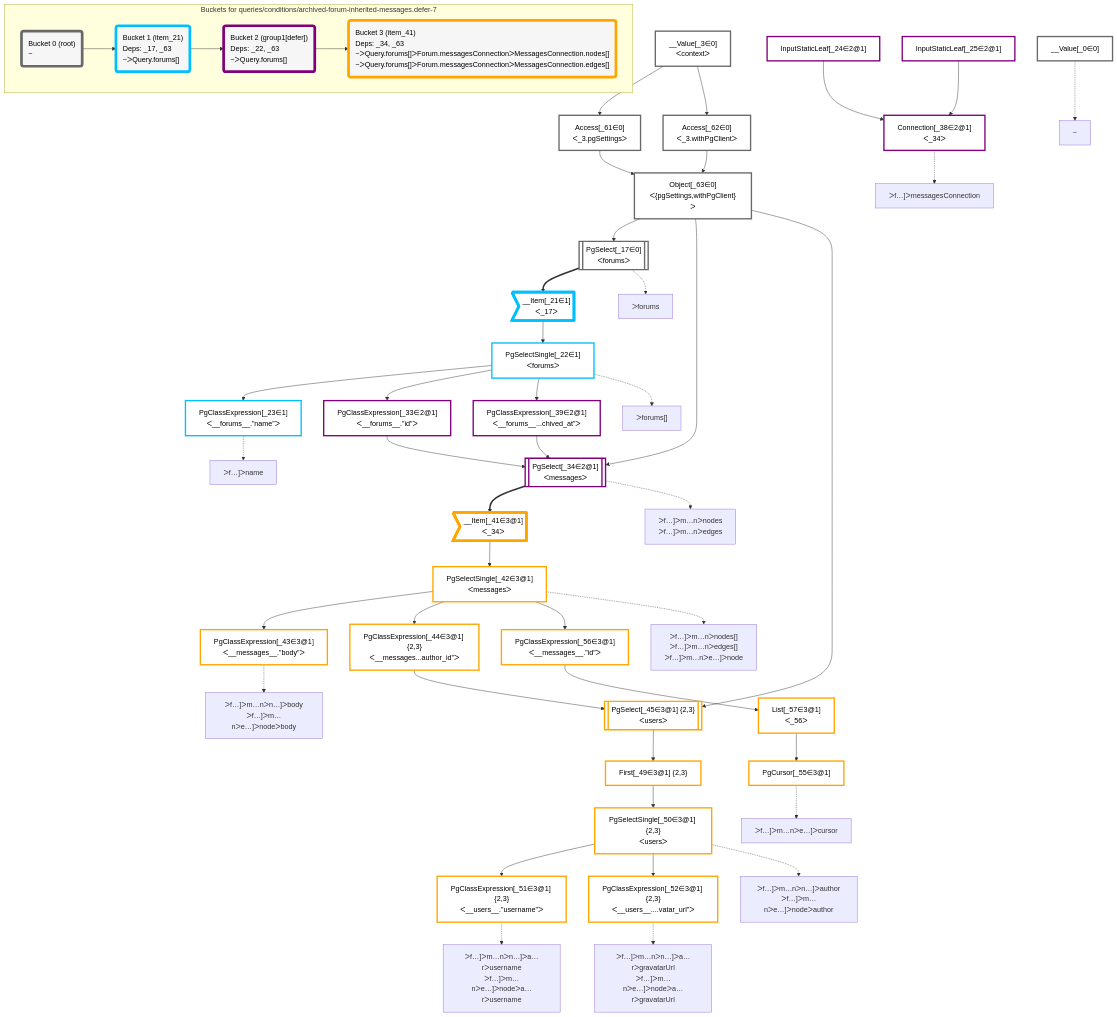
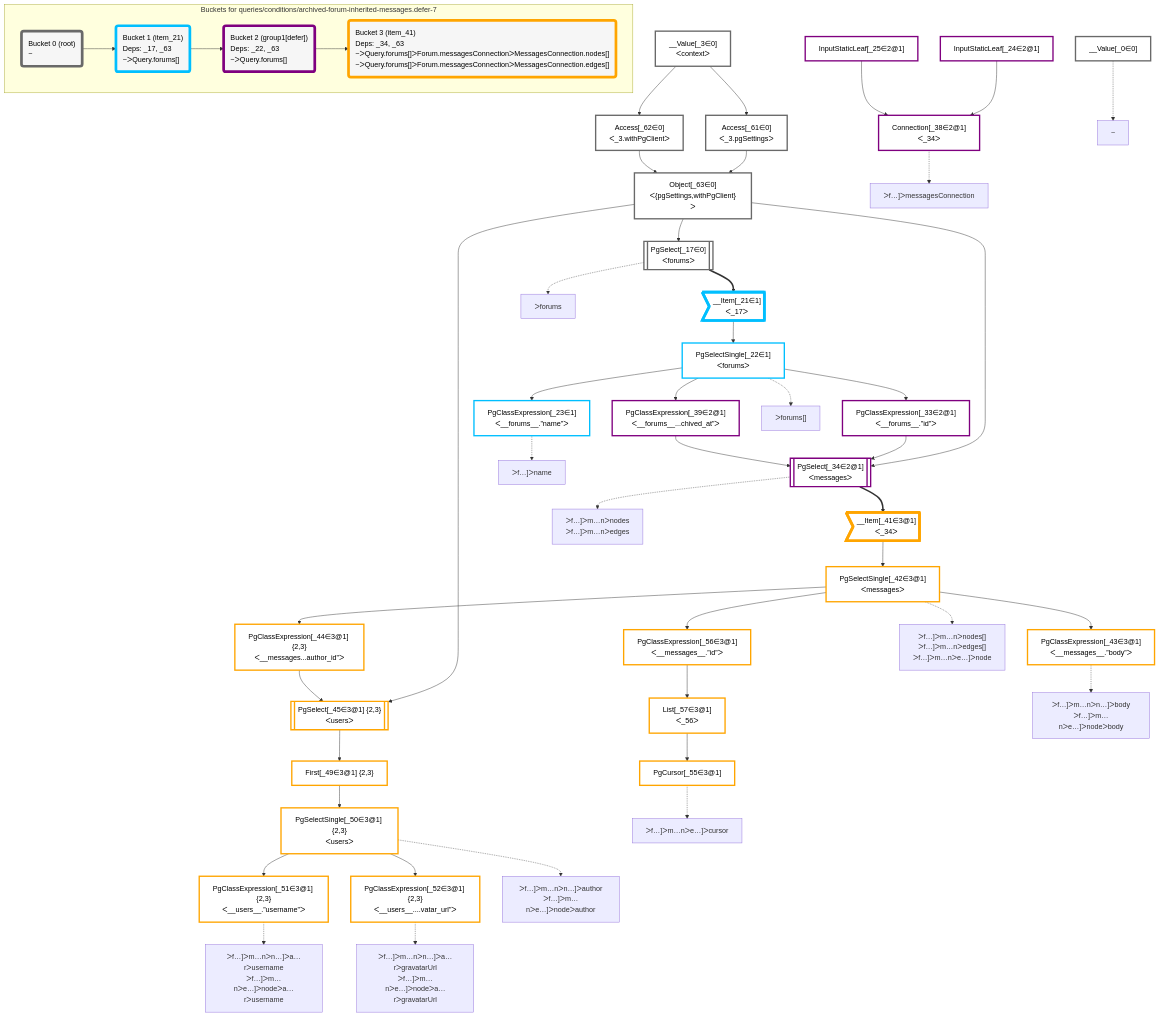
The diagram in packages/dataplan-pg/__tests__/queries/conditions/archived-forum-inherited-messages.defer-7.mermaid.md (graphile/crystal), drawn with Mermaid before and after one commit. The commit also changed other lines of this file and 195 other files, not shown here.

```diff
--- a/packages/dataplan-pg/__tests__/queries/conditions/archived-forum-inherited-messages.defer-7.mermaid.md
+++ b/packages/dataplan-pg/__tests__/queries/conditions/archived-forum-inherited-messages.defer-7.mermaid.md
@@ -9,57 +9,57 @@
 
     %% define plans
     __Value_0["__Value[_0∈0]"]:::plan
+    PgClassExpression_23["PgClassExpression[_23∈1]<br />ᐸ__forums__.”name”ᐳ"]:::plan
+    PgClassExpression_43["PgClassExpression[_43∈3@1]<br />ᐸ__messages__.”body”ᐳ"]:::plan
+    PgClassExpression_51["PgClassExpression[_51∈3@1] {2,3}<br />ᐸ__users__.”username”ᐳ"]:::plan
+    PgClassExpression_52["PgClassExpression[_52∈3@1] {2,3}<br />ᐸ__users__....vatar_url”ᐳ"]:::plan
+    PgSelectSingle_50["PgSelectSingle[_50∈3@1] {2,3}<br />ᐸusersᐳ"]:::plan
+    First_49["First[_49∈3@1] {2,3}"]:::plan
+    PgSelect_45[["PgSelect[_45∈3@1] {2,3}<br />ᐸusersᐳ"]]:::plan
+    PgClassExpression_44["PgClassExpression[_44∈3@1] {2,3}<br />ᐸ__messages...author_id”ᐳ"]:::plan
+    PgCursor_55["PgCursor[_55∈3@1]"]:::plan
+    List_57["List[_57∈3@1]<br />ᐸ_56ᐳ"]:::plan
+    PgClassExpression_56["PgClassExpression[_56∈3@1]<br />ᐸ__messages__.”id”ᐳ"]:::plan
+    PgSelectSingle_42["PgSelectSingle[_42∈3@1]<br />ᐸmessagesᐳ"]:::plan
+    __Item_41>"__Item[_41∈3@1]<br />ᐸ_34ᐳ"]:::itemplan
+    PgSelect_34[["PgSelect[_34∈2@1]<br />ᐸmessagesᐳ"]]:::plan
+    PgClassExpression_33["PgClassExpression[_33∈2@1]<br />ᐸ__forums__.”id”ᐳ"]:::plan
+    PgClassExpression_39["PgClassExpression[_39∈2@1]<br />ᐸ__forums__...chived_at”ᐳ"]:::plan
+    PgSelectSingle_22["PgSelectSingle[_22∈1]<br />ᐸforumsᐳ"]:::plan
+    __Item_21>"__Item[_21∈1]<br />ᐸ_17ᐳ"]:::itemplan
+    PgSelect_17[["PgSelect[_17∈0]<br />ᐸforumsᐳ"]]:::plan
+    Object_63["Object[_63∈0]<br />ᐸ{pgSettings,withPgClient}ᐳ"]:::plan
+    Access_61["Access[_61∈0]<br />ᐸ_3.pgSettingsᐳ"]:::plan
+    Access_62["Access[_62∈0]<br />ᐸ_3.withPgClientᐳ"]:::plan
     __Value_3["__Value[_3∈0]<br />ᐸcontextᐳ"]:::plan
-    PgSelect_17[["PgSelect[_17∈0]<br />ᐸforumsᐳ"]]:::plan
-    __Item_21>"__Item[_21∈1]<br />ᐸ_17ᐳ"]:::itemplan
-    PgSelectSingle_22["PgSelectSingle[_22∈1]<br />ᐸforumsᐳ"]:::plan
-    PgClassExpression_23["PgClassExpression[_23∈1]<br />ᐸ__forums__.”name”ᐳ"]:::plan
+    Connection_38["Connection[_38∈2@1]<br />ᐸ_34ᐳ"]:::plan
     InputStaticLeaf_24["InputStaticLeaf[_24∈2@1]"]:::plan
     InputStaticLeaf_25["InputStaticLeaf[_25∈2@1]"]:::plan
-    PgClassExpression_33["PgClassExpression[_33∈2@1]<br />ᐸ__forums__.”id”ᐳ"]:::plan
-    PgSelect_34[["PgSelect[_34∈2@1]<br />ᐸmessagesᐳ"]]:::plan
-    Connection_38["Connection[_38∈2@1]<br />ᐸ_34ᐳ"]:::plan
-    PgClassExpression_39["PgClassExpression[_39∈2@1]<br />ᐸ__forums__...chived_at”ᐳ"]:::plan
-    __Item_41>"__Item[_41∈3@1]<br />ᐸ_34ᐳ"]:::itemplan
-    PgSelectSingle_42["PgSelectSingle[_42∈3@1]<br />ᐸmessagesᐳ"]:::plan
-    PgClassExpression_43["PgClassExpression[_43∈3@1]<br />ᐸ__messages__.”body”ᐳ"]:::plan
-    PgClassExpression_44["PgClassExpression[_44∈3@1] {2,3}<br />ᐸ__messages...author_id”ᐳ"]:::plan
-    PgSelect_45[["PgSelect[_45∈3@1] {2,3}<br />ᐸusersᐳ"]]:::plan
-    First_49["First[_49∈3@1] {2,3}"]:::plan
-    PgSelectSingle_50["PgSelectSingle[_50∈3@1] {2,3}<br />ᐸusersᐳ"]:::plan
-    PgClassExpression_51["PgClassExpression[_51∈3@1] {2,3}<br />ᐸ__users__.”username”ᐳ"]:::plan
-    PgClassExpression_52["PgClassExpression[_52∈3@1] {2,3}<br />ᐸ__users__....vatar_url”ᐳ"]:::plan
-    PgCursor_55["PgCursor[_55∈3@1]"]:::plan
-    PgClassExpression_56["PgClassExpression[_56∈3@1]<br />ᐸ__messages__.”id”ᐳ"]:::plan
-    List_57["List[_57∈3@1]<br />ᐸ_56ᐳ"]:::plan
-    Access_61["Access[_61∈0]<br />ᐸ_3.pgSettingsᐳ"]:::plan
-    Access_62["Access[_62∈0]<br />ᐸ_3.withPgClientᐳ"]:::plan
-    Object_63["Object[_63∈0]<br />ᐸ{pgSettings,withPgClient}ᐳ"]:::plan
 
     %% plan dependencies
-    Object_63 --> PgSelect_17
-    PgSelect_17 ==> __Item_21
-    __Item_21 --> PgSelectSingle_22
     PgSelectSingle_22 --> PgClassExpression_23
-    PgSelectSingle_22 --> PgClassExpression_33
-    Object_63 & PgClassExpression_33 & PgClassExpression_39 --> PgSelect_34
-    InputStaticLeaf_24 & InputStaticLeaf_25 --> Connection_38
-    PgSelectSingle_22 --> PgClassExpression_39
-    PgSelect_34 ==> __Item_41
-    __Item_41 --> PgSelectSingle_42
     PgSelectSingle_42 --> PgClassExpression_43
-    PgSelectSingle_42 --> PgClassExpression_44
-    Object_63 & PgClassExpression_44 --> PgSelect_45
-    PgSelect_45 --> First_49
-    First_49 --> PgSelectSingle_50
     PgSelectSingle_50 --> PgClassExpression_51
     PgSelectSingle_50 --> PgClassExpression_52
+    First_49 --> PgSelectSingle_50
+    PgSelect_45 --> First_49
+    Object_63 & PgClassExpression_44 --> PgSelect_45
+    PgSelectSingle_42 --> PgClassExpression_44
     List_57 --> PgCursor_55
+    PgClassExpression_56 --> List_57
     PgSelectSingle_42 --> PgClassExpression_56
-    PgClassExpression_56 --> List_57
+    __Item_41 --> PgSelectSingle_42
+    PgSelect_34 ==> __Item_41
+    Object_63 & PgClassExpression_33 & PgClassExpression_39 --> PgSelect_34
+    PgSelectSingle_22 --> PgClassExpression_33
+    PgSelectSingle_22 --> PgClassExpression_39
+    __Item_21 --> PgSelectSingle_22
+    PgSelect_17 ==> __Item_21
+    Object_63 --> PgSelect_17
+    Access_61 & Access_62 --> Object_63
     __Value_3 --> Access_61
     __Value_3 --> Access_62
-    Access_61 & Access_62 --> Object_63
+    InputStaticLeaf_24 & InputStaticLeaf_25 --> Connection_38
 
     %% plan-to-path relationships
     P_0["~"]
```
